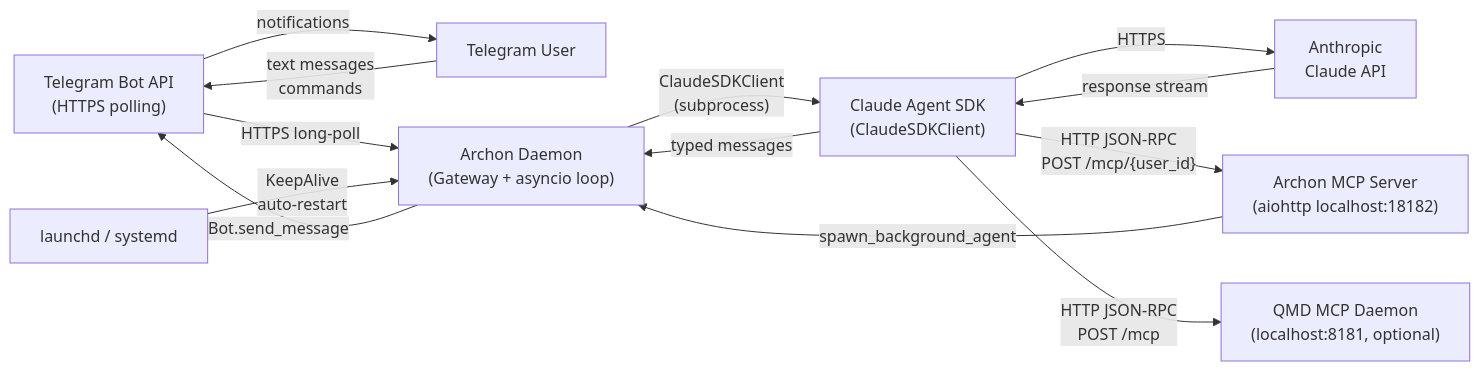
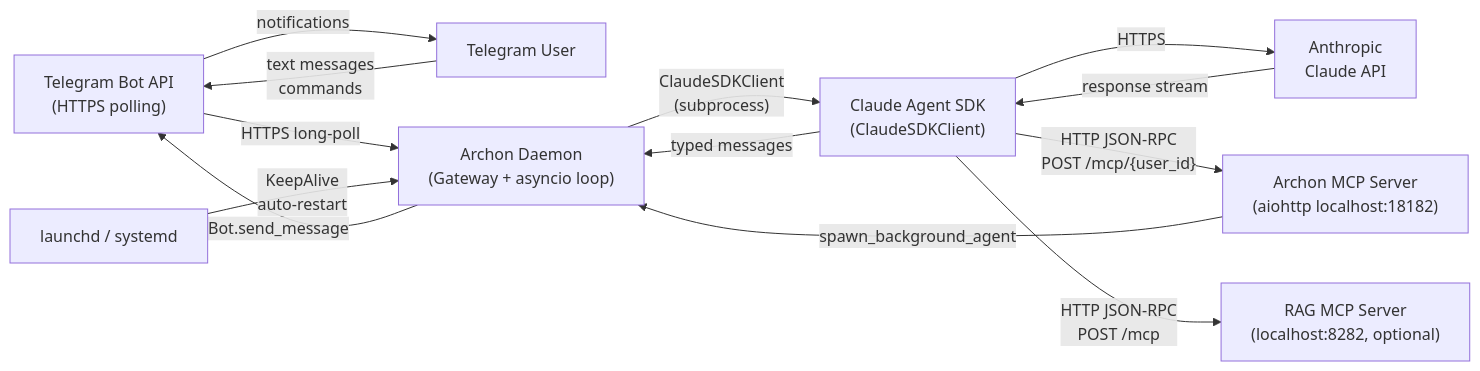
The first of 8 diagrams in Documentation/Architecture/120_services_and_integration_architecture.md (user538295/archon-assistant), drawn with Mermaid before and after one commit. The commit also changed other lines of this file and 17 other files, not shown here.

First line of the commit message:
docs: update user manual, CLAUDE.md, and Architecture docs for RAG (Task 8.2)

````diff
--- a/Documentation/Architecture/120_services_and_integration_architecture.md
+++ b/Documentation/Architecture/120_services_and_integration_architecture.md
@@ -21,28 +21,28 @@
 ```mermaid
 graph LR
     TG["Telegram Bot API<br/>(HTTPS polling)"]
     USER["Telegram User"]
     ARCHON["Archon Daemon<br/>(Gateway + asyncio loop)"]
     SDK["Claude Agent SDK<br/>(ClaudeSDKClient)"]
     CLAUDE["Anthropic<br/>Claude API"]
     MCP["Archon MCP Server<br/>(aiohttp localhost:18182)"]
-    QMD["QMD MCP Daemon<br/>(localhost:8181, optional)"]
+    RAG["RAG MCP Server<br/>(localhost:8282, optional)"]
     DAEMON["launchd / systemd"]
 
     USER -- "text messages<br/>commands" --> TG
     TG -- "HTTPS long-poll" --> ARCHON
     ARCHON -- "Bot.send_message" --> TG
     TG -- "notifications" --> USER
 
     ARCHON -- "ClaudeSDKClient<br/>(subprocess)" --> SDK
     SDK -- "HTTPS" --> CLAUDE
     CLAUDE -- "response stream" --> SDK
     SDK -- "typed messages" --> ARCHON
 
     SDK -- "HTTP JSON-RPC<br/>POST /mcp/{user_id}" --> MCP
     MCP -- "spawn_background_agent" --> ARCHON
 
-    SDK -- "HTTP JSON-RPC<br/>POST /mcp" --> QMD
+    SDK -- "HTTP JSON-RPC<br/>POST /mcp" --> RAG
 
     DAEMON -- "KeepAlive<br/>auto-restart" --> ARCHON
 ```
````
